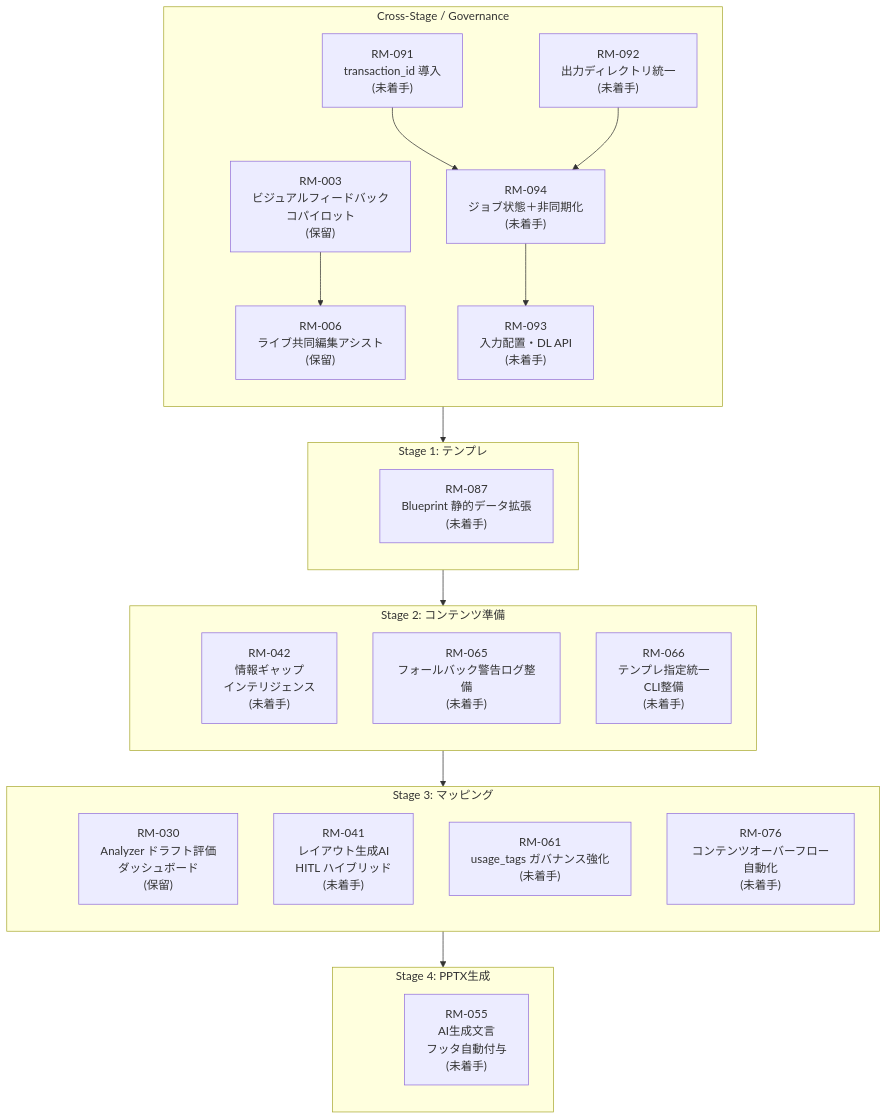
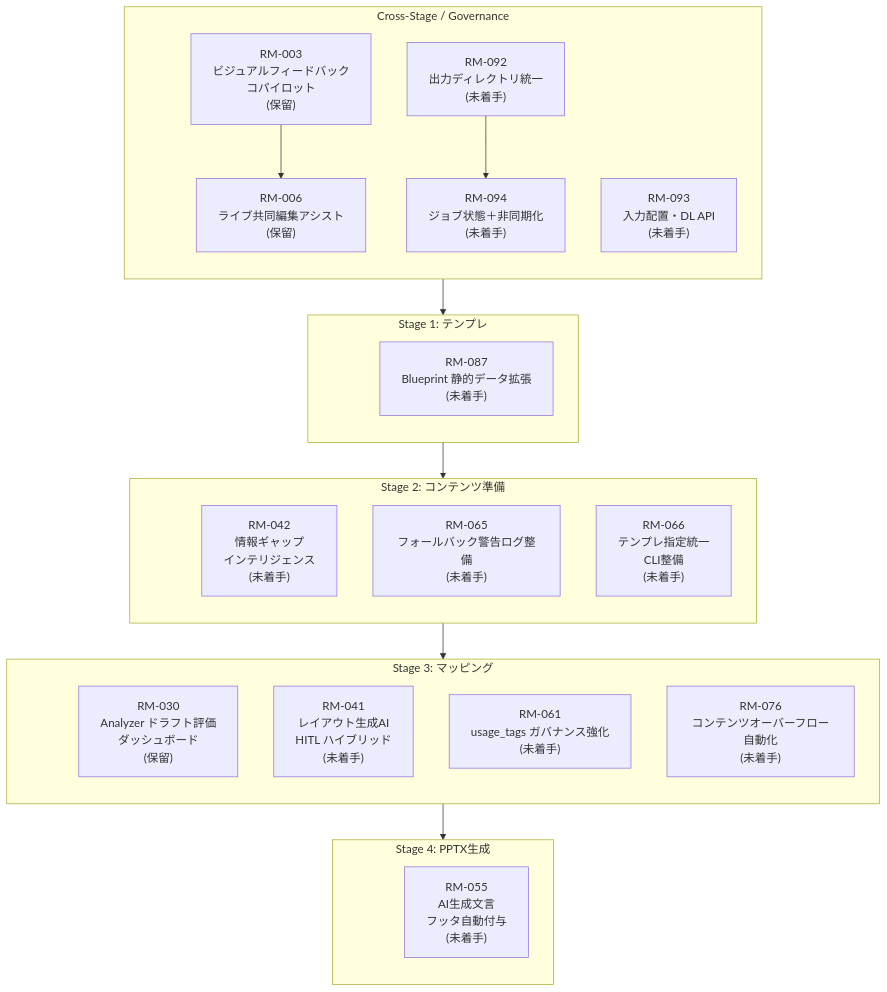
One commit to yurake/pptx_generator changed the diagram in docs/roadmap/roadmap.md. Above: the diagram before and after it, drawn with Mermaid. The commit also changed other lines of this file and 13 other files, not shown here.

````diff
--- a/docs/roadmap/roadmap.md
+++ b/docs/roadmap/roadmap.md
@@ -25,54 +25,52 @@
 ```mermaid
 flowchart TB
     subgraph GOV["Cross-Stage / Governance"]
         direction TB
         GOV_ANCHOR(( ))
         RM003["RM-003<br/>ビジュアルフィードバック<br/>コパイロット<br/>(保留)"]
         RM006["RM-006<br/>ライブ共同編集アシスト<br/>(保留)"]
-        RM091["RM-091<br/>transaction_id 導入<br/>(未着手)"]
         RM092["RM-092<br/>出力ディレクトリ統一<br/>(未着手)"]
         RM093["RM-093<br/>入力配置・DL API<br/>(未着手)"]
         RM094["RM-094<br/>ジョブ状態＋非同期化<br/>(未着手)"]
     end
 
     subgraph ST1["Stage 1: テンプレ"]
         direction TB
         ST1_ANCHOR(( ))
         RM087["RM-087<br/>Blueprint 静的データ拡張<br/>(未着手)"]
     end
 
     subgraph ST2["Stage 2: コンテンツ準備"]
         direction TB
         ST2_ANCHOR(( ))
         RM042["RM-042<br/>情報ギャップ<br/>インテリジェンス<br/>(未着手)"]
         RM065["RM-065<br/>フォールバック警告ログ整備<br/>(未着手)"]
         RM066["RM-066<br/>テンプレ指定統一<br/>CLI整備<br/>(未着手)"]
     end
 
     subgraph ST3["Stage 3: マッピング"]
         direction TB
         ST3_ANCHOR(( ))
         RM030["RM-030<br/>Analyzer ドラフト評価<br/>ダッシュボード<br/>(保留)"]
         RM041["RM-041<br/>レイアウト生成AI<br/>HITL ハイブリッド<br/>(未着手)"]
         RM061["RM-061<br/>usage_tags ガバナンス強化<br/>(未着手)"]
         RM076["RM-076<br/>コンテンツオーバーフロー自動化<br/>(未着手)"]
     end
 
     subgraph ST4["Stage 4: PPTX生成"]
         direction TB
         ST4_ANCHOR(( ))
         RM055["RM-055<br/>AI生成文言<br/>フッタ自動付与<br/>(未着手)"]
     end
 
     style GOV_ANCHOR fill:transparent,stroke:transparent
     style ST1_ANCHOR fill:transparent,stroke:transparent
     style ST2_ANCHOR fill:transparent,stroke:transparent
     style ST3_ANCHOR fill:transparent,stroke:transparent
     style ST4_ANCHOR fill:transparent,stroke:transparent
 
     GOV_ANCHOR --> ST1_ANCHOR --> ST2_ANCHOR --> ST3_ANCHOR --> ST4_ANCHOR
 
     RM003 --> RM006
-    RM091 --> RM094 --> RM093
     RM092 --> RM094
 ```
````
